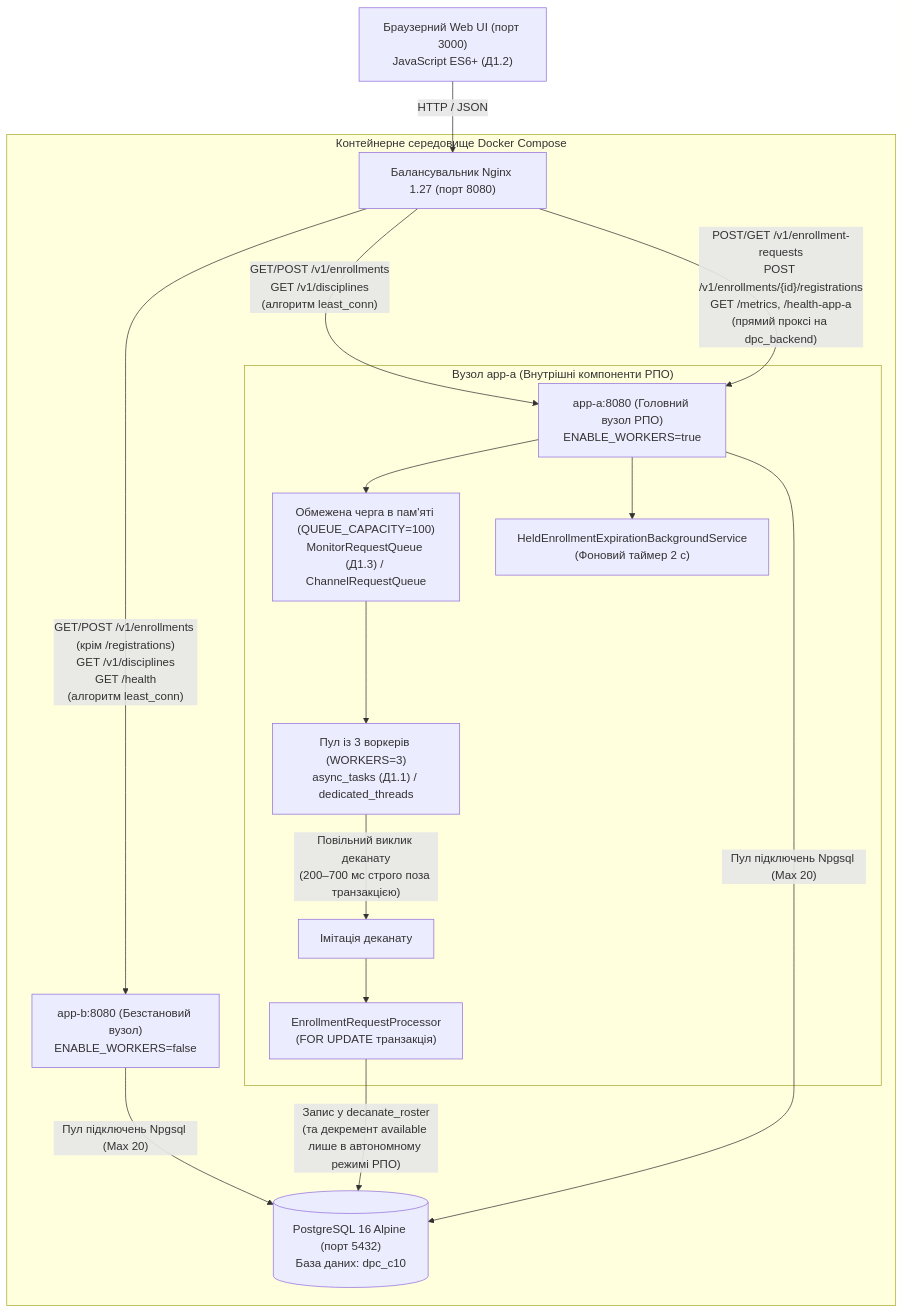
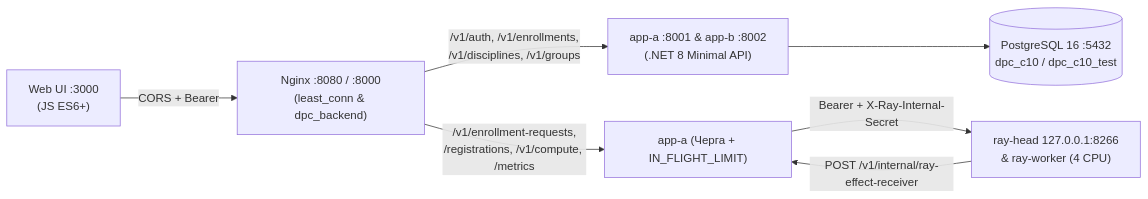
Before and after one commit to AirFlex2/distributed-parallel-computing-and-web-course-c10: the diagram in README.md, drawn with Mermaid. The commit also changed other lines of this file and 48 other files, not shown here.

````diff
--- a/README.md
+++ b/README.md
@@ -320,23 +37,9 @@
 ```mermaid
-flowchart TD
-    Client["Браузерний Web UI (порт 3000)<br>JavaScript ES6+ (Д1.2)"] -->|HTTP / JSON| Nginx["Балансувальник Nginx 1.27 (порт 8080)"]
-
-    subgraph Cluster["Контейнерне середовище Docker Compose"]
-        Nginx -->|"GET/POST /v1/enrollments (крім /registrations)<br>GET /v1/disciplines<br>GET /health<br>(алгоритм least_conn)"| AppB["app-b:8080 (Безстановий вузол)<br>ENABLE_WORKERS=false"]
-        Nginx -->|"GET/POST /v1/enrollments<br>GET /v1/disciplines<br>(алгоритм least_conn)"| AppA["app-a:8080 (Головний вузол РПО)<br>ENABLE_WORKERS=true"]
-        
-        Nginx -->|"POST/GET /v1/enrollment-requests<br>POST /v1/enrollments/{id}/registrations<br>GET /metrics, /health-app-a<br>(прямий проксі на dpc_backend)"| AppA
-
-        subgraph NodeA["Вузол app-a (Внутрішні компоненти РПО)"]
-            AppA --> MemQueue["Обмежена черга в пам'яті (QUEUE_CAPACITY=100)<br>MonitorRequestQueue (Д1.3) / ChannelRequestQueue"]
-            MemQueue --> Workers["Пул із 3 воркерів (WORKERS=3)<br>async_tasks (Д1.1) / dedicated_threads"]
-            Workers -->|"Повільний виклик деканату<br>(200–700 мс строго поза транзакцією)"| SlowCall["Імітація деканату"]
-            SlowCall --> Processor["EnrollmentRequestProcessor<br>(FOR UPDATE транзакція)"]
-            AppA --> ExpService["HeldEnrollmentExpirationBackgroundService<br>(Фоновий таймер 2 с)"]
-        end
-
-        AppA -->|"Пул підключень Npgsql (Max 20)"| Postgres[("PostgreSQL 16 Alpine (порт 5432)<br>База даних: dpc_c10")]
-        AppB -->|"Пул підключень Npgsql (Max 20)"| Postgres
-        Processor -->|"Запис у decanate_roster<br>(та декремент available лише в автономному режимі РПО)"| Postgres
-    end
+flowchart LR
+    Client["Web UI :3000<br>(JS ES6+)"] -->|CORS + Bearer| Nginx["Nginx :8080 / :8000<br>(least_conn & dpc_backend)"]
+    Nginx -->|"/v1/auth, /v1/enrollments,<br>/v1/disciplines, /v1/groups"| WebNodes["app-a :8001 & app-b :8002<br>(.NET 8 Minimal API)"]
+    Nginx -->|"/v1/enrollment-requests,<br>/registrations, /v1/compute, /metrics"| AppA["app-a (Черга + IN_FLIGHT_LIMIT)"]
+    AppA -->|"Bearer + X-Ray-Internal-Secret"| RayHead["ray-head 127.0.0.1:8266<br>& ray-worker (4 CPU)"]
+    RayHead -->|"POST /v1/internal/ray-effect-receiver"| AppA
+    WebNodes --> Postgres[("PostgreSQL 16 :5432<br>dpc_c10 / dpc_c10_test")]
 ```
````
